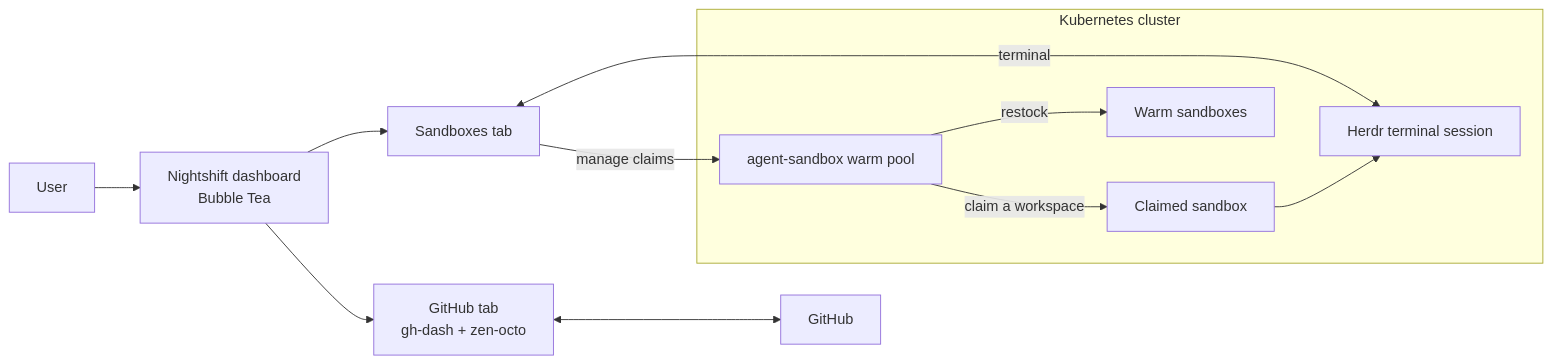
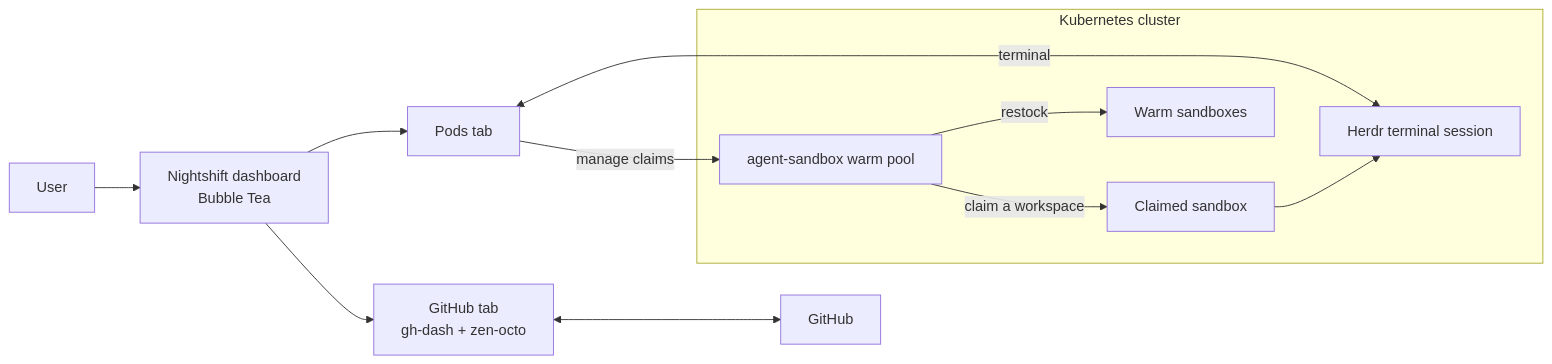
The diagram in README.md (tmih06/nightshift), drawn with Mermaid before and after one commit. The commit also changed 15 other files, not shown here.

First line of the commit message:
feat(go): rework the Sandboxes tab into a Pods tab

````diff
--- a/README.md
+++ b/README.md
@@ -34,15 +34,15 @@
 ```mermaid
 flowchart LR
   User --> Dashboard["Nightshift dashboard<br/>Bubble Tea"]
-  Dashboard --> Sandboxes["Sandboxes tab"]
+  Dashboard --> Pods["Pods tab"]
   Dashboard --> GitHubTab["GitHub tab<br/>gh-dash + zen-octo"]
   GitHubTab <--> GitHub
-  Sandboxes -->|manage claims| Pool
-  Sandboxes <-->|terminal| Session
+  Pods -->|manage claims| Pool
+  Pods <-->|terminal| Session
 
   subgraph Kubernetes["Kubernetes cluster"]
     Pool["agent-sandbox warm pool"] -->|claim a workspace| Workspace["Claimed sandbox"]
     Workspace --> Session["Herdr terminal session"]
     Pool -->|restock| Warm["Warm sandboxes"]
   end
 ```
````
